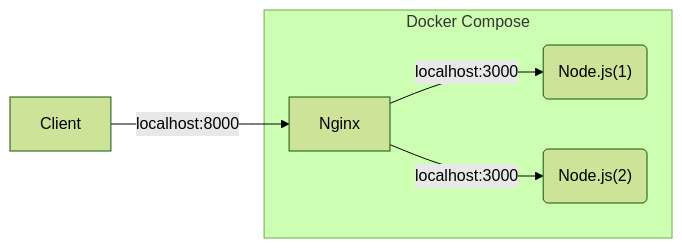
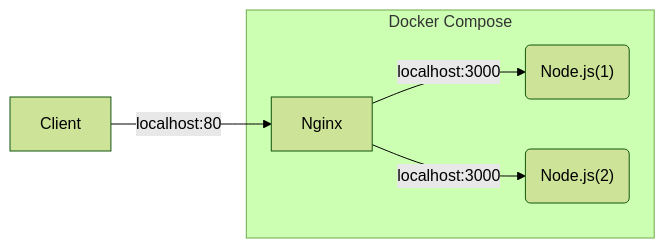
One commit to skkuding/cookbook changed the second of 2 diagrams in infra/3. Docker.md. Above: the diagram before and after it, drawn with Mermaid (forest theme). The commit also changed other lines of this file, not shown here.

Commit message:
fix(infra): 3주차 실습 수정

````diff
--- a/infra/3. Docker.md
+++ b/infra/3. Docker.md
@@ -79,8 +78,8 @@
 ```mermaid
 flowchart LR
   subgraph Docker Compose
     Nginx -- localhost:3000 --> A("Node.js(1)")
     Nginx -- localhost:3000 --> B("Node.js(2)")
   end
-  Client -- localhost:8000 --> Nginx
+  Client -- localhost:80 --> Nginx
 ```
````
